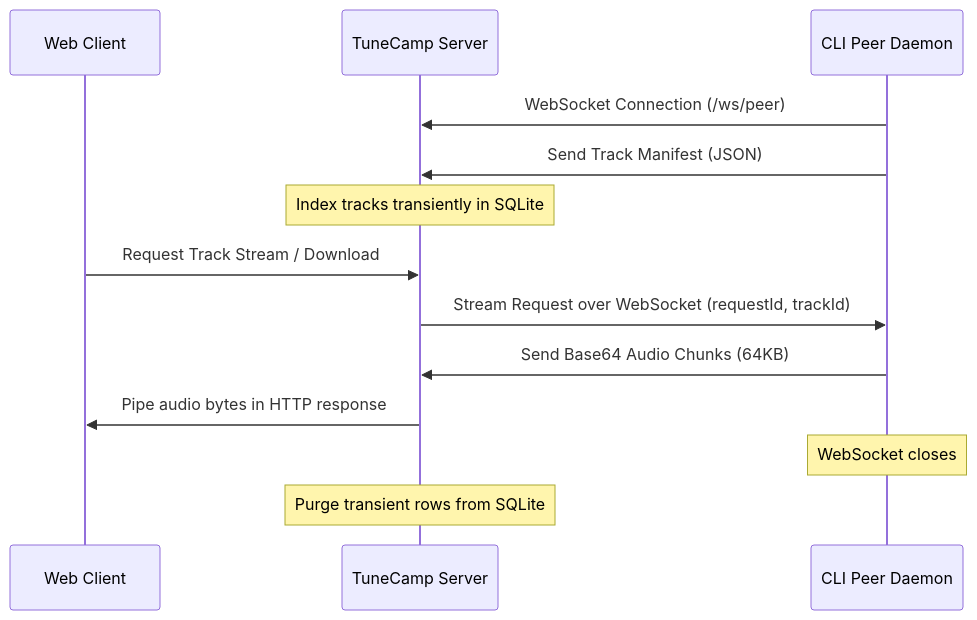
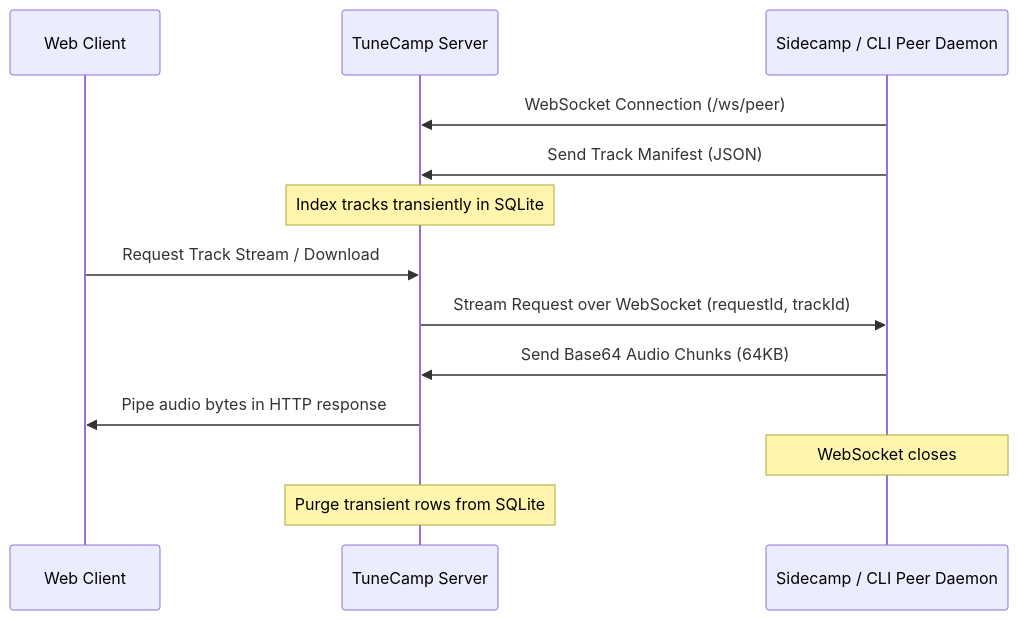
The diagram in docs/tunecamp/sidecamp.md (scobru/tunecamp-ecosystem), drawn with Mermaid before and after one commit. The commit also changed other lines of this file and 16 other files, not shown here.

````diff
--- a/docs/tunecamp/sidecamp.md
+++ b/docs/tunecamp/sidecamp.md
@@ -9,18 +72,18 @@
 ```mermaid
 sequenceDiagram
     participant Browser as Web Client
     participant Server as TuneCamp Server
-    participant Daemon as CLI Peer Daemon
+    participant Daemon as Sidecamp / CLI Peer Daemon
     
     Daemon->>Server: WebSocket Connection (/ws/peer)
     Daemon->>Server: Send Track Manifest (JSON)
     Note over Server: Index tracks transiently in SQLite
     
     Browser->>Server: Request Track Stream / Download
     Server->>Daemon: Stream Request over WebSocket (requestId, trackId)
     Daemon->>Server: Send Base64 Audio Chunks (64KB)
     Server->>Browser: Pipe audio bytes in HTTP response
     
     Note over Daemon: WebSocket closes
     Note over Server: Purge transient rows from SQLite
 ```
````
